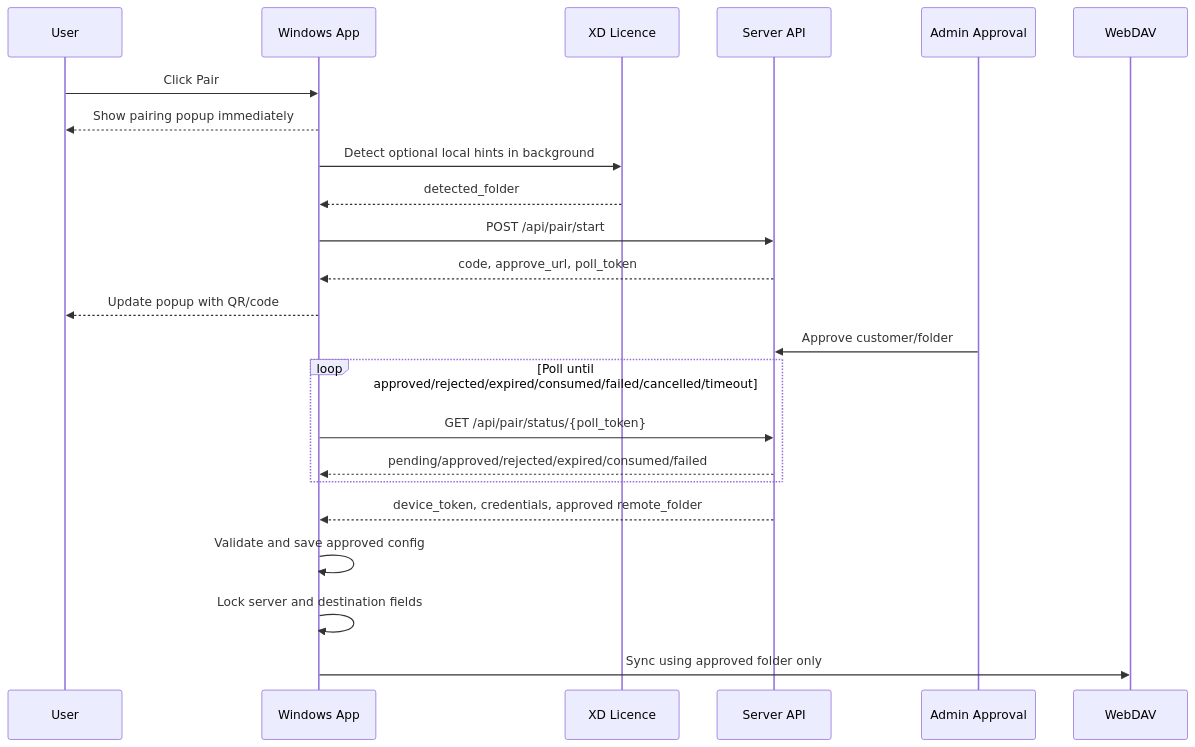
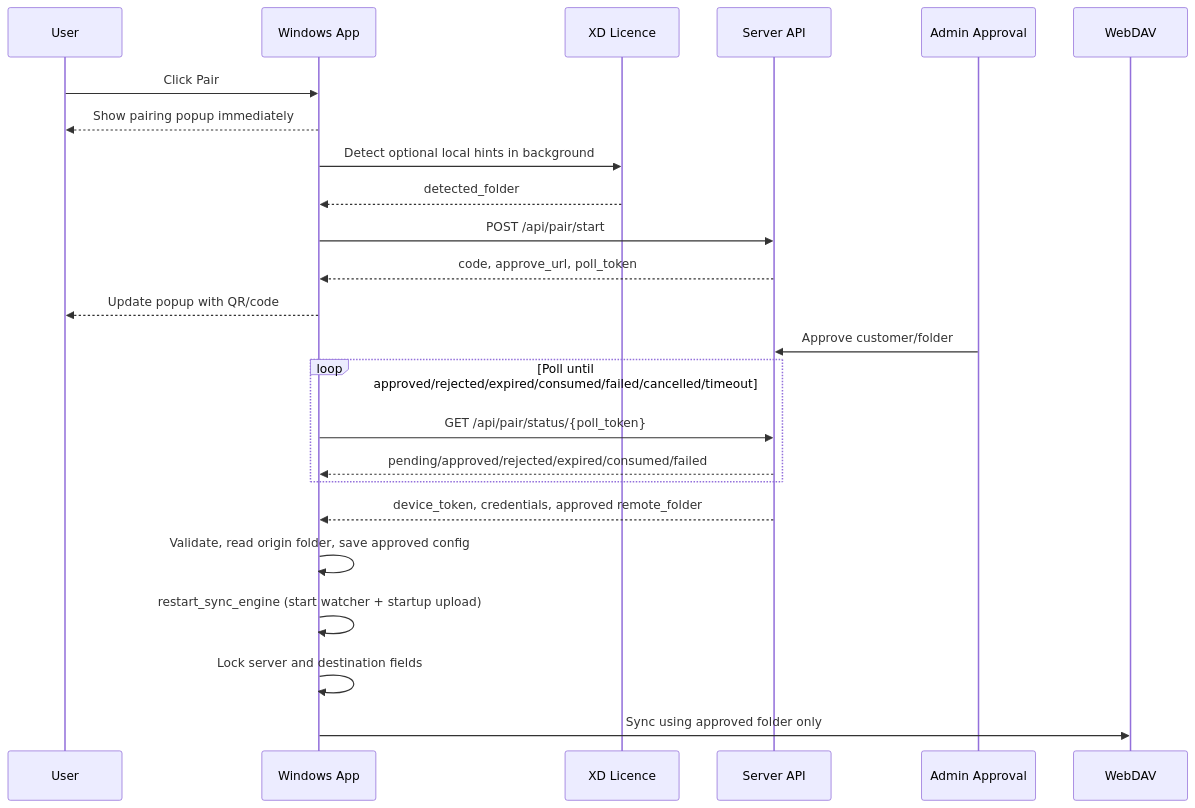
The second of 2 diagrams in README.md (ruibeard/backup-sync-tool), drawn with Mermaid before and after one commit. The commit also changed other lines of this file and 17 other files, not shown here.

````diff
--- a/README.md
+++ b/README.md
@@ -162,26 +164,27 @@
 ```mermaid
 sequenceDiagram
     participant User
     participant App as Windows App
     participant XD as XD Licence
     participant API as Server API
     participant Admin as Admin Approval
     participant WebDAV
 
     User->>App: Click Pair
     App-->>User: Show pairing popup immediately
     App->>XD: Detect optional local hints in background
     XD-->>App: detected_folder
     App->>API: POST /api/pair/start
     API-->>App: code, approve_url, poll_token
     App-->>User: Update popup with QR/code
     Admin->>API: Approve customer/folder
     loop Poll until approved/rejected/expired/consumed/failed/cancelled/timeout
         App->>API: GET /api/pair/status/{poll_token}
         API-->>App: pending/approved/rejected/expired/consumed/failed
     end
     API-->>App: device_token, credentials, approved remote_folder
-    App->>App: Validate and save approved config
+    App->>App: Validate, read origin folder, save approved config
+    App->>App: restart_sync_engine (start watcher + startup upload)
     App->>App: Lock server and destination fields
     App->>WebDAV: Sync using approved folder only
 ```
````
